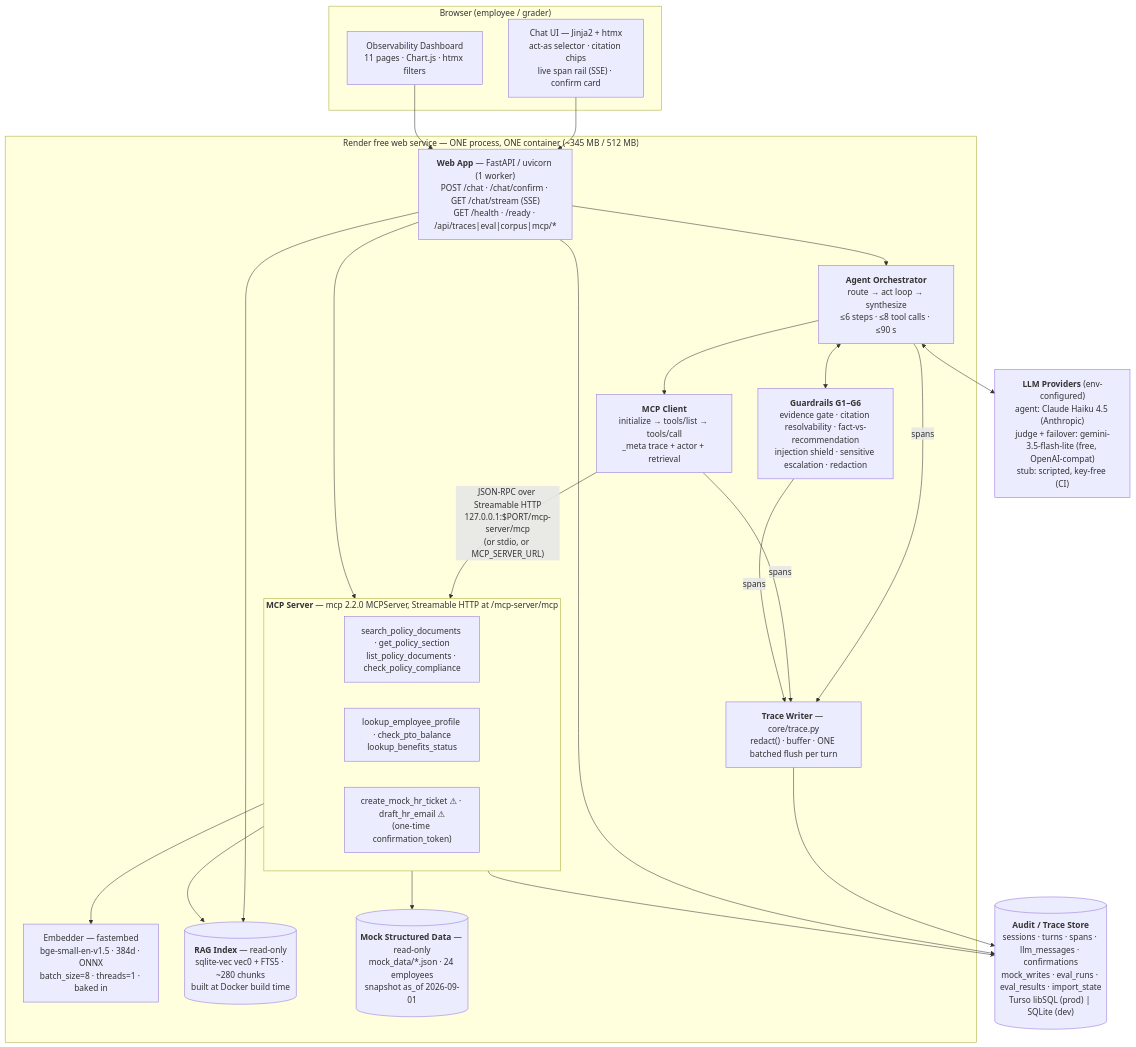
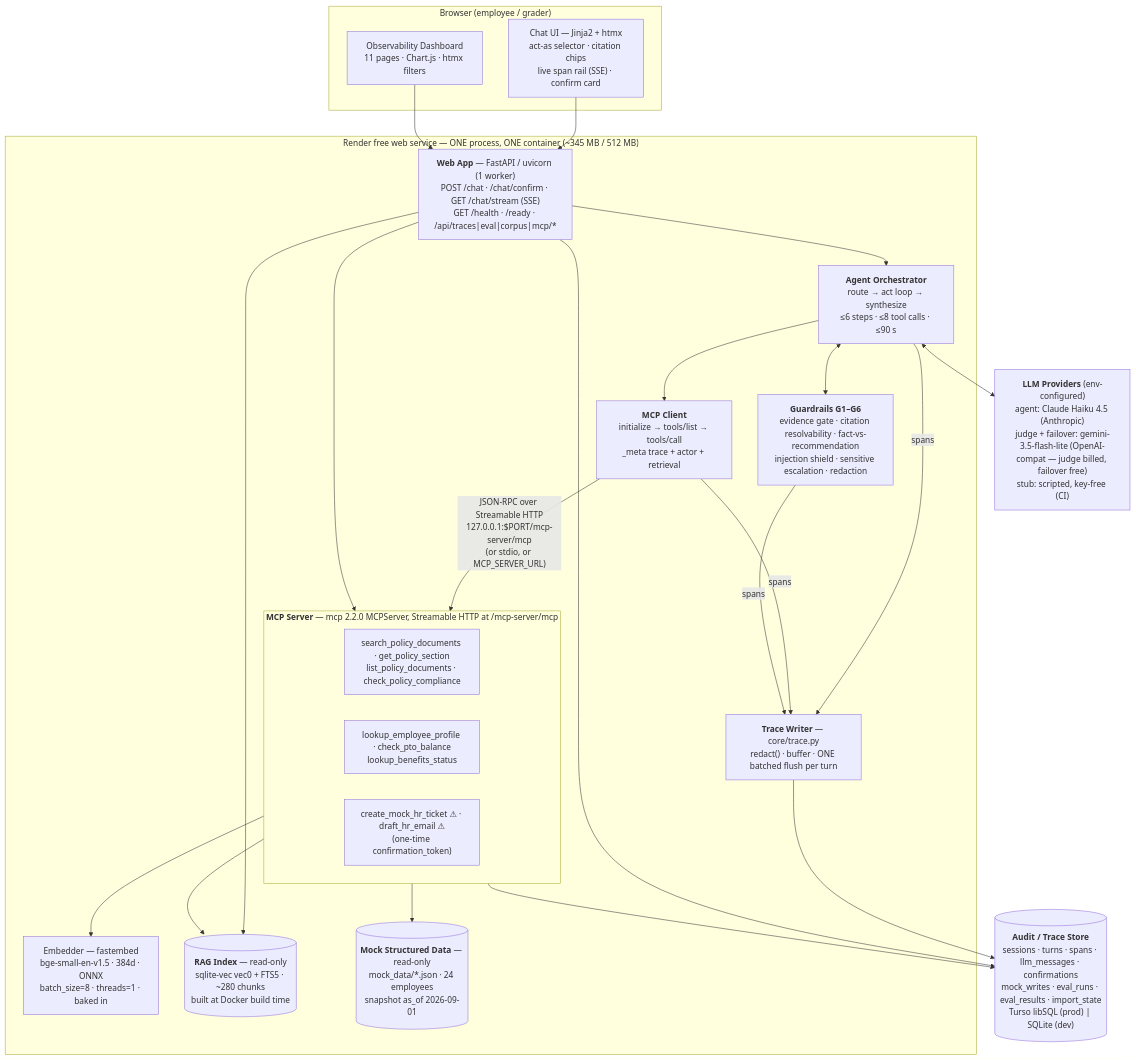
The diagram in docs/superpowers/specs/2026-09-08-hr-agentic-rag-design.md (seantmalone/quantic-mosaic), drawn with Mermaid before and after one commit. The commit also changed other lines of this file and 8 other files, not shown here.

````diff
--- a/docs/superpowers/specs/2026-09-08-hr-agentic-rag-design.md
+++ b/docs/superpowers/specs/2026-09-08-hr-agentic-rag-design.md
@@ -68,37 +68,37 @@
 ```mermaid
 flowchart TB
     subgraph browser["Browser (employee / grader)"]
         UI["Chat UI — Jinja2 + htmx<br/>act-as selector · citation chips<br/>live span rail (SSE) · confirm card"]
         DASH["Observability Dashboard<br/>11 pages · Chart.js · htmx filters"]
     end
     subgraph render["Render free web service — ONE process, ONE container (~345 MB / 512 MB)"]
         WEB["<b>Web App</b> — FastAPI / uvicorn (1 worker)<br/>POST /chat · /chat/confirm · GET /chat/stream (SSE)<br/>GET /health · /ready · /api/traces|eval|corpus|mcp/*"]
         ORCH["<b>Agent Orchestrator</b><br/>route → act loop → synthesize<br/>≤6 steps · ≤8 tool calls · ≤90 s"]
         GUARD["<b>Guardrails G1–G6</b><br/>evidence gate · citation resolvability · fact-vs-recommendation<br/>injection shield · sensitive escalation · redaction"]
         MCPC["<b>MCP Client</b><br/>initialize → tools/list → tools/call<br/>_meta trace + actor + retrieval"]
         subgraph mcps["<b>MCP Server</b> — mcp 2.2.0 MCPServer, Streamable HTTP at /mcp-server/mcp"]
             direction LR
             T1["search_policy_documents · get_policy_section<br/>list_policy_documents · check_policy_compliance"]
             T2["lookup_employee_profile · check_pto_balance<br/>lookup_benefits_status"]
             T3["create_mock_hr_ticket ⚠ · draft_hr_email ⚠<br/>(one-time confirmation_token)"]
         end
         EMB["Embedder — fastembed<br/>bge-small-en-v1.5 · 384d · ONNX<br/>batch_size=8 · threads=1 · baked in"]
         RAGIDX[("<b>RAG Index</b> — read-only<br/>sqlite-vec vec0 + FTS5 · ~280 chunks<br/>built at Docker build time")]
         MOCK[("<b>Mock Structured Data</b> — read-only<br/>mock_data/*.json · 24 employees<br/>snapshot as_of 2026-09-01")]
         TRACE["<b>Trace Writer</b> — core/trace.py<br/>redact() · buffer · ONE batched flush per turn"]
     end
     STORE[("<b>Audit / Trace Store</b><br/>sessions · turns · spans · llm_messages · confirmations<br/>mock_writes · eval_runs · eval_results · import_state<br/>Turso libSQL (prod) | SQLite (dev)")]
-    LLM["<b>LLM Providers</b> (env-configured)<br/>agent: Claude Haiku 4.5 (Anthropic)<br/>judge + failover: gemini-3.5-flash-lite (free, OpenAI-compat)<br/>stub: scripted, key-free (CI)"]
+    LLM["<b>LLM Providers</b> (env-configured)<br/>agent: Claude Haiku 4.5 (Anthropic)<br/>judge + failover: gemini-3.5-flash-lite (OpenAI-compat — judge billed, failover free)<br/>stub: scripted, key-free (CI)"]
     UI & DASH --> WEB
     WEB --> ORCH
     ORCH <--> GUARD
     ORCH --> MCPC
     MCPC -- "JSON-RPC over Streamable HTTP<br/>127.0.0.1:$PORT/mcp-server/mcp<br/>(or stdio, or MCP_SERVER_URL)" --> mcps
     T1 --> RAGIDX & EMB
     T2 --> MOCK
     T3 --> STORE
     ORCH <--> LLM
     ORCH & MCPC & GUARD -- spans --> TRACE
     TRACE --> STORE
     WEB --> STORE & mcps & RAGIDX
 ```
````
